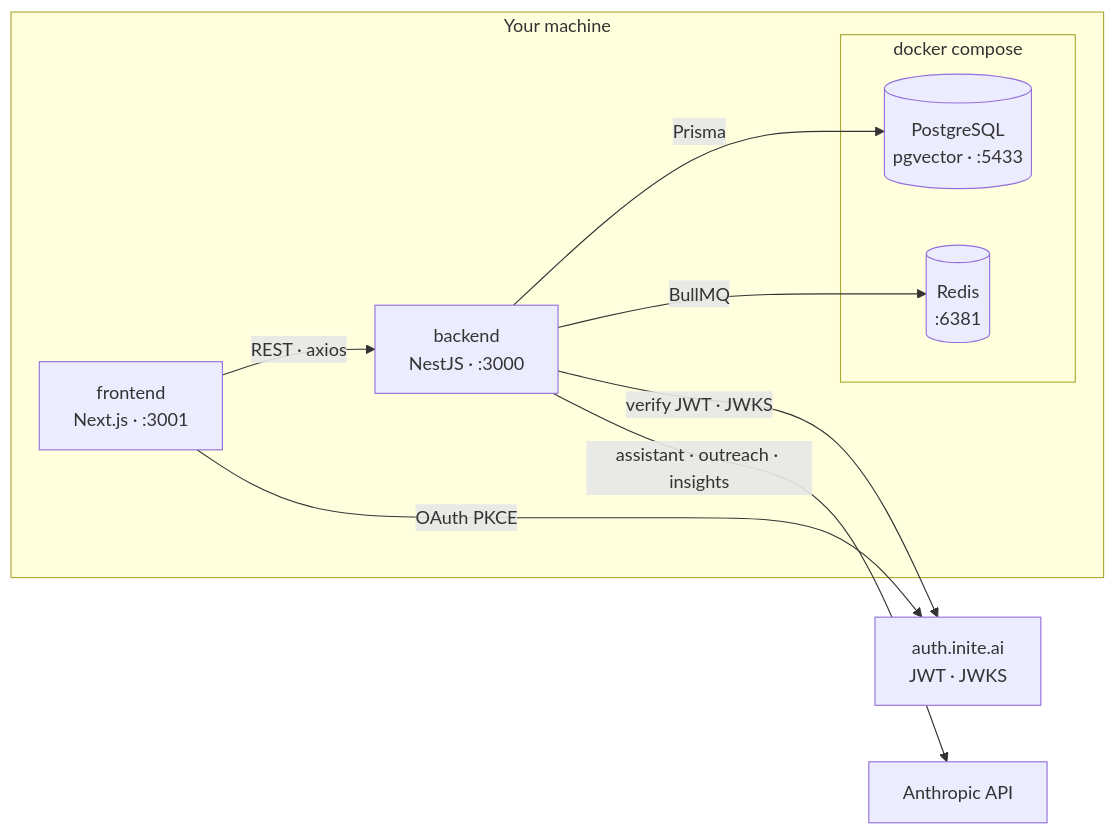
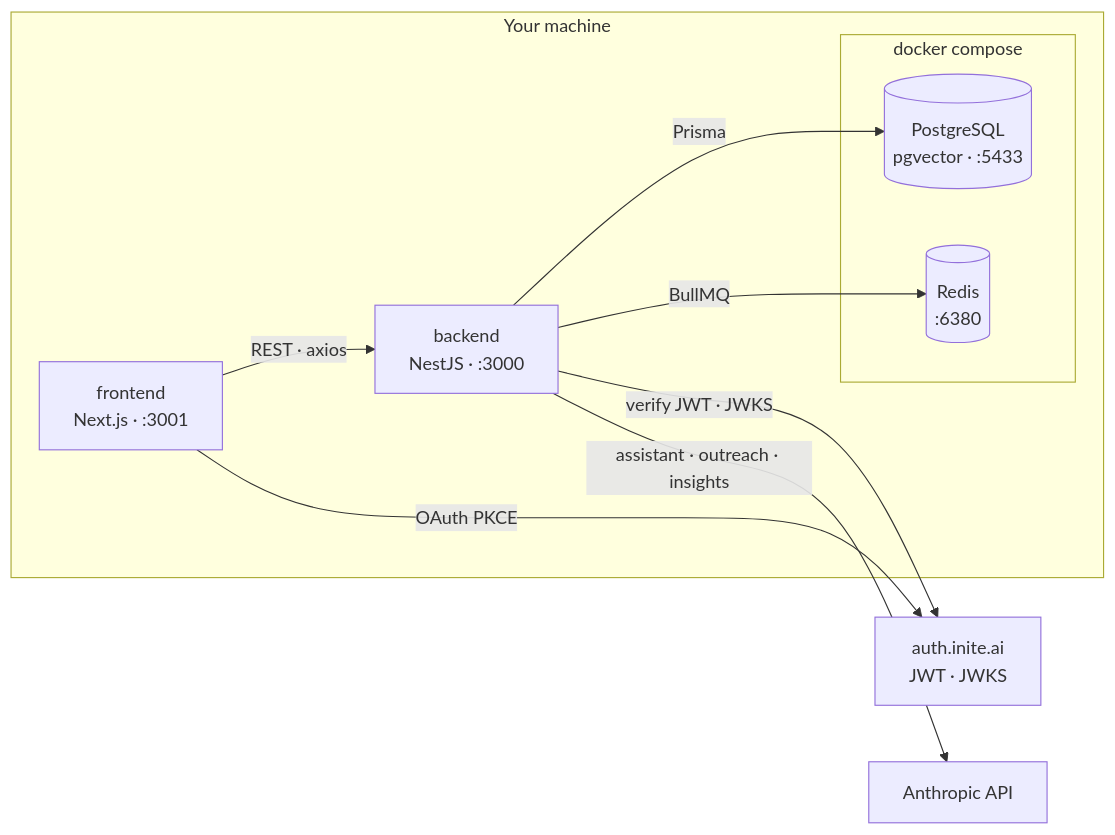
One commit to inite-ai/inite-billing-service changed the diagram in docs/getting-started.md. Above: the diagram before and after it, drawn with Mermaid. The commit also changed other lines of this file and 22 other files, not shown here.

````diff
--- a/docs/getting-started.md
+++ b/docs/getting-started.md
@@ -15,20 +15,20 @@
 ```mermaid
 flowchart LR
   subgraph local["Your machine"]
     fe["frontend<br/>Next.js · :3001"]
     be["backend<br/>NestJS · :3000"]
     subgraph compose["docker compose"]
       pg[("PostgreSQL<br/>pgvector · :5433")]
-      redis[("Redis<br/>:6381")]
+      redis[("Redis<br/>:6380")]
     end
   end
   auth["auth.inite.ai<br/>JWT · JWKS"]
   anthropic["Anthropic API"]
 
   fe -->|"REST · axios"| be
   fe -->|"OAuth PKCE"| auth
   be -->|"Prisma"| pg
   be -->|"BullMQ"| redis
   be -->|"verify JWT · JWKS"| auth
   be -->|"assistant · outreach · insights"| anthropic
 ```
````
